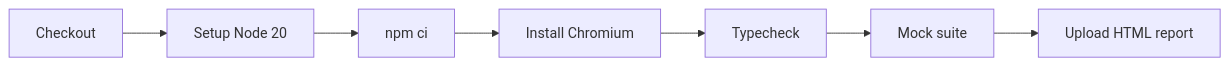
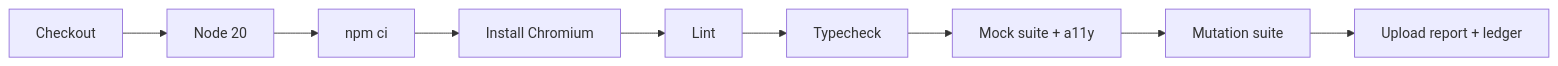
The fifth of 5 diagrams in README.md (criguex/civica-playwright-challenge), drawn with Mermaid before and after one commit. The commit also changed other lines of this file and 39 other files, not shown here.

````diff
--- a/README.md
+++ b/README.md
@@ -359,9 +432,11 @@
 ```mermaid
 flowchart LR
-  A[Checkout] --> B[Setup Node 20]
+  A[Checkout] --> B[Node 20]
   B --> C[npm ci]
   C --> D[Install Chromium]
-  D --> E[Typecheck]
-  E --> F[Mock suite]
-  F --> G[Upload HTML report]
+  D --> E[Lint]
+  E --> F[Typecheck]
+  F --> G[Mock suite + a11y]
+  G --> H[Mutation suite]
+  H --> I[Upload report + ledger]
 ```
````
